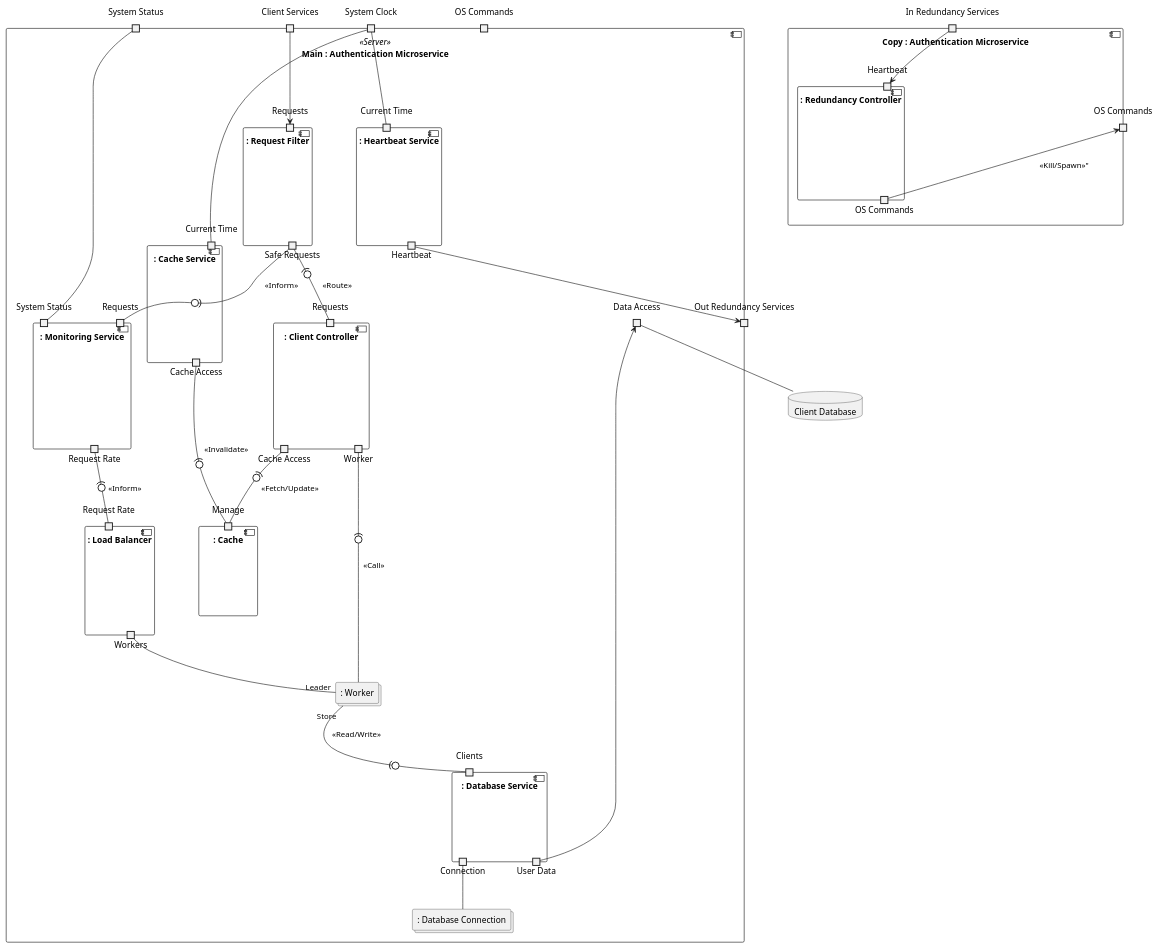
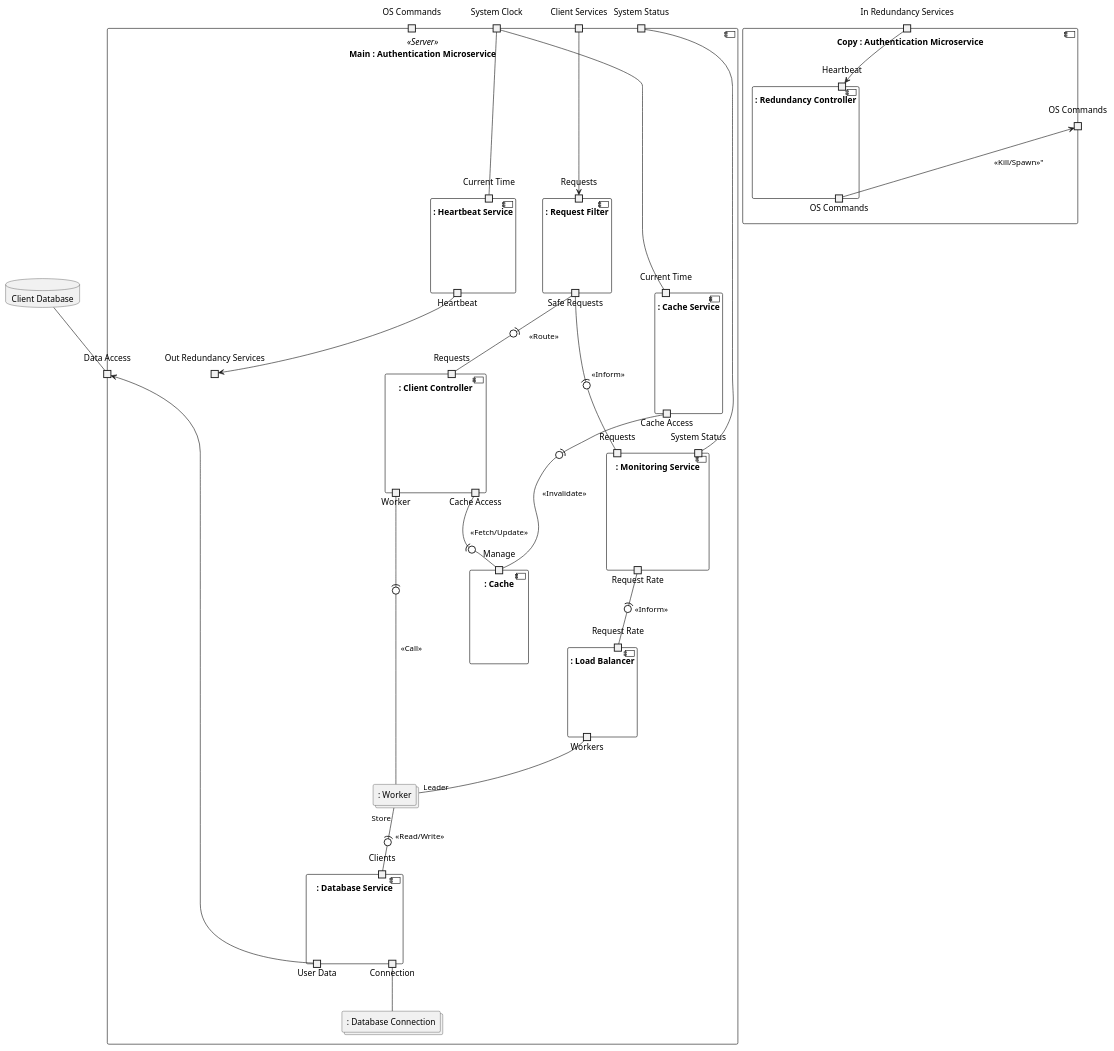
Before and after one commit to LOG430-MicroServices/LOG430-STM: the diagram in doc/plantuml/AuthService-C&C.plantuml, drawn with PlantUML.

Commit message:
Improve formatting

```diff
--- a/doc/plantuml/AuthService-C&C.plantuml
+++ b/doc/plantuml/AuthService-C&C.plantuml
@@ -1,83 +1,83 @@
 @startuml Authentication Service - Components and Connectors
 
 Database "Client Database" as ClientDatabase
 
 Component "Main : Authentication Microservice" <<Server>> {
+  portin "Client Services" as ClientServices
+  portin "System Clock" as SystemClock
   portin "System Status" as SystemStatus
-  portin "System Clock" as SystemClock
-  portin "Client Services" as ClientServices
   portin "OS Commands" as MOSCommands
   portout "Data Access" as DataAccess
   portout "Out Redundancy Services" as RedundancyServicesMain
 
   Component ": Load Balancer" as LoadBalancer {
     portin "Request Rate" as LBRequestRate
     portout "Workers" as LBWorkers
   }
   Component ": Cache" as Cache {
     portin "Manage" as CacheManage
   }
   Component ": Cache Service" as CacheService {
     portin "Current Time" as CSCurrentTime
     portout "Cache Access" as CSCacheAccess
   }
   Component ": Client Controller" as ClientController {
     portin "Requests" as CCRequests
     portout "Cache Access" as CCCache
     portout "Worker" as CCWorker
   }
   Component ": Monitoring Service" as MonitoringService {
     portin "Requests" as MSRequests
     portin "System Status" as MSSystemStatus
     portout "Request Rate" as MSRequestRate
   }
   Component ": Heartbeat Service" as HeartbeatService {
     portin "Current Time" as HBSCurrentTime
     portout "Heartbeat" as HBSHeartbeat
   }
   Component ": Database Service" as DatabaseService {
     portin "Clients" as DSClients
+    portout "User Data" as DSUserData
     portout "Connection" as DSConnection
-    portout "User Data" as DSUserData
   }
   Component ": Request Filter" as RequestFilter {
     portin "Requests" as RFRequests
     portout "Safe Requests" as RFSafeRequests
   }
   Collections ": Worker" as Worker
   Collections ": Database Connection" as DatabaseConnection
 }
 
 ClientServices --> RFRequests
 RFSafeRequests -(0- CCRequests : "<<Route>>"
-RFSafeRequests -(0- MSRequests : "<<Inform>>"
+RFSafeRequests -(0-- MSRequests : "<<Inform>>"
 
 CCCache -(0- CacheManage : "<<Fetch/Update>>"
 CSCacheAccess -(0-- CacheManage : "<<Invalidate>>"
 SystemClock -- CSCurrentTime
 SystemClock -- HBSCurrentTime
 SystemStatus -- MSSystemStatus
 MSRequestRate -(0- LBRequestRate : "<<Inform>>"
 LBWorkers -- "Leader" Worker
 CCWorker -(0- Worker : "<<Call>>"
 DSConnection -- DatabaseConnection
 Worker "Store" -(0- DSClients : "<<Read/Write>>"
 DSUserData --> DataAccess
 HBSHeartbeat --> RedundancyServicesMain
 
-DataAccess -- ClientDatabase
+ClientDatabase -- DataAccess
 
 Component "Copy : Authentication Microservice" {
   portin "In Redundancy Services" as RedundancyServicesCopy
   portout "OS Commands" as COSCommands
 
   Component ": Redundancy Controller" as RedundancyController {
     portin "Heartbeat" as RCHeartbeat
     portout "OS Commands" as RCOSCommands
   }
 }
 
 RedundancyServicesCopy --> RCHeartbeat
 RCOSCommands --> COSCommands : "<<Kill/Spawn>>""
 
 @enduml
```
